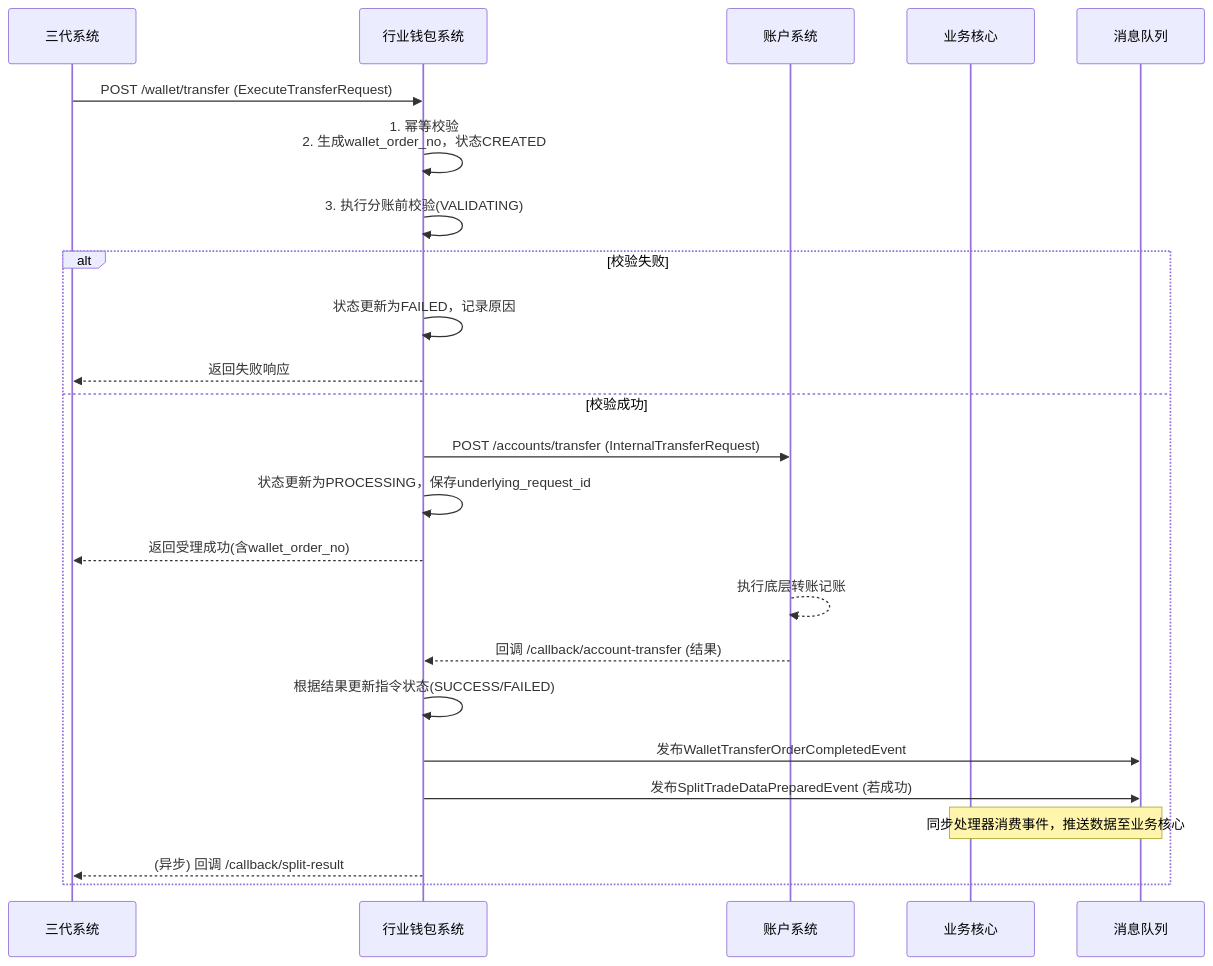
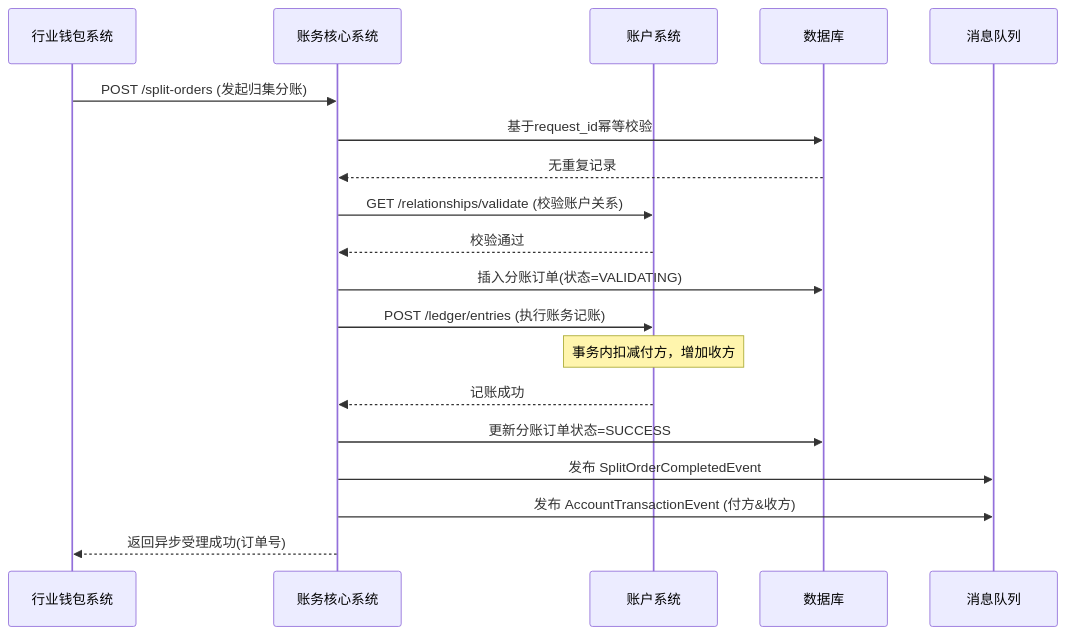
Diagram 15 of 28 in data/天财分账需求/gpt-5.2/output/final_design_document.md (youzi211/AiCoding), drawn with Mermaid before and after one commit. The commit also changed other lines of this file and 93 other files, not shown here.

````diff
--- a/data/天财分账需求/gpt-5.2/output/final_design_document.md
+++ b/data/天财分账需求/gpt-5.2/output/final_design_document.md
@@ -2577,27 +2431,22 @@
 ```mermaid
 sequenceDiagram
-    participant C as 三代系统
     participant W as 行业钱包系统
+    participant L as 账务核心系统
     participant A as 账户系统
-    participant BC as 业务核心
+    participant DB as 数据库
     participant MQ as 消息队列
 
-    C->>W: POST /wallet/transfer (ExecuteTransferRequest)
-    W->>W: 1. 幂等校验<br>2. 生成wallet_order_no，状态CREATED
-    W->>W: 3. 执行分账前校验(VALIDATING)
-    alt 校验失败
-        W->>W: 状态更新为FAILED，记录原因
-        W-->>C: 返回失败响应
-    else 校验成功
-        W->>A: POST /accounts/transfer (InternalTransferRequest)
-        W->>W: 状态更新为PROCESSING，保存underlying_request_id
-        W-->>C: 返回受理成功(含wallet_order_no)
-        A-->>A: 执行底层转账记账
-        A-->>W: 回调 /callback/account-transfer (结果)
-        W->>W: 根据结果更新指令状态(SUCCESS/FAILED)
-        W->>MQ: 发布WalletTransferOrderCompletedEvent
-        W->>MQ: 发布SplitTradeDataPreparedEvent (若成功)
-        Note over MQ,BC: 同步处理器消费事件，推送数据至业务核心
-        W-->>C: (异步) 回调 /callback/split-result
-    end
+    W->>L: POST /split-orders (发起归集分账)
+    L->>DB: 基于request_id幂等校验
+    DB-->>L: 无重复记录
+    L->>A: GET /relationships/validate (校验账户关系)
+    A-->>L: 校验通过
+    L->>DB: 插入分账订单(状态=VALIDATING)
+    L->>A: POST /ledger/entries (执行账务记账)
+    Note over A: 事务内扣减付方，增加收方
+    A-->>L: 记账成功
+    L->>DB: 更新分账订单状态=SUCCESS
+    L->>MQ: 发布 SplitOrderCompletedEvent
+    L->>MQ: 发布 AccountTransactionEvent (付方&收方)
+    L-->>W: 返回异步受理成功(订单号)
 ```
````
